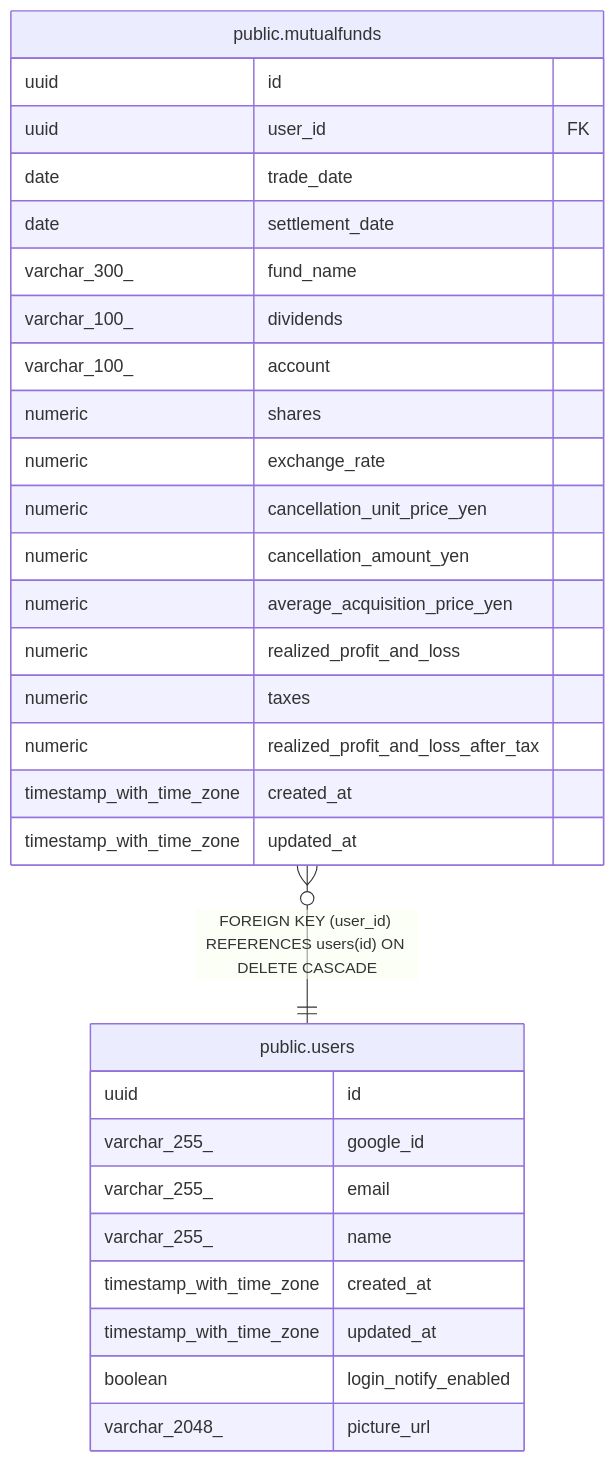
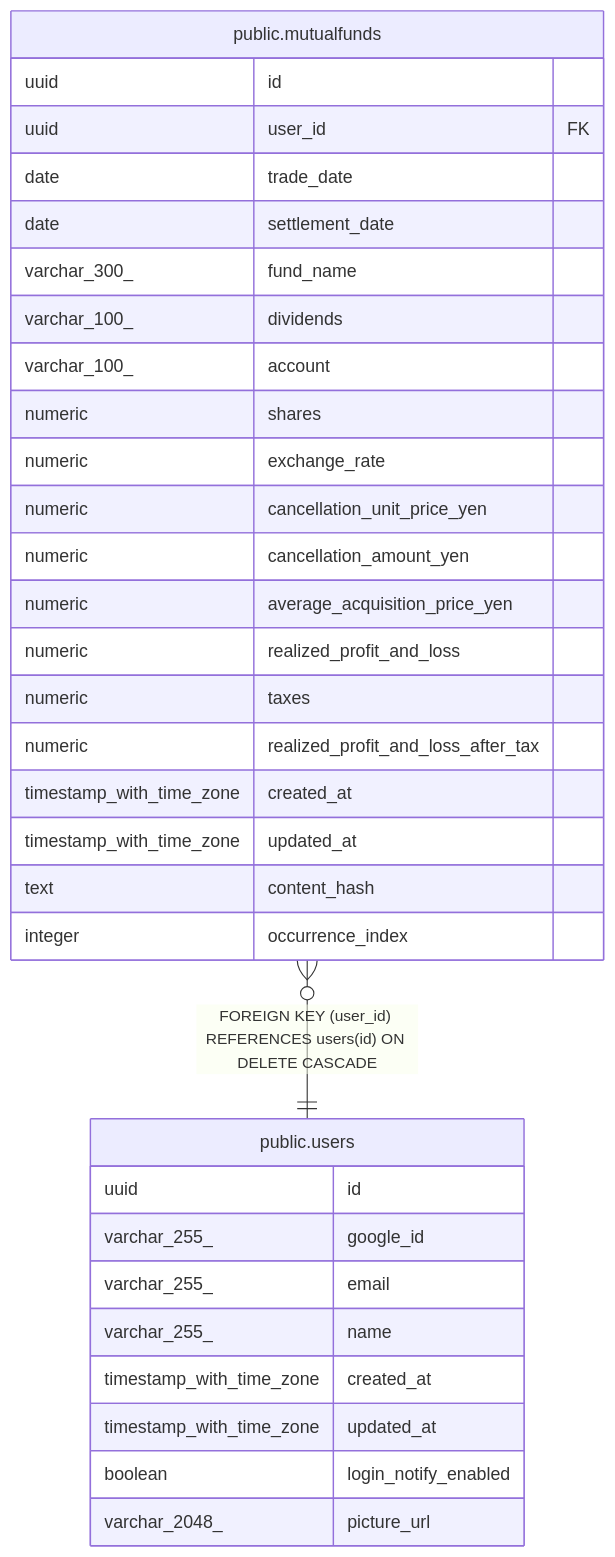
The diagram in docs/db/public.mutualfunds.md (zaichu/shoken-webapp), drawn with Mermaid before and after one commit. The commit also changed other lines of this file and 26 other files, not shown here.

````diff
--- a/docs/db/public.mutualfunds.md
+++ b/docs/db/public.mutualfunds.md
@@ -50,35 +51,37 @@
 ```mermaid
 erDiagram
 
 "public.mutualfunds" }o--|| "public.users" : "FOREIGN KEY (user_id) REFERENCES users(id) ON DELETE CASCADE"
 
 "public.mutualfunds" {
   uuid id
   uuid user_id FK
   date trade_date
   date settlement_date
   varchar_300_ fund_name
   varchar_100_ dividends
   varchar_100_ account
   numeric shares
   numeric exchange_rate
   numeric cancellation_unit_price_yen
   numeric cancellation_amount_yen
   numeric average_acquisition_price_yen
   numeric realized_profit_and_loss
   numeric taxes
   numeric realized_profit_and_loss_after_tax
   timestamp_with_time_zone created_at
   timestamp_with_time_zone updated_at
+  text content_hash
+  integer occurrence_index
 }
 "public.users" {
   uuid id
   varchar_255_ google_id
   varchar_255_ email
   varchar_255_ name
   timestamp_with_time_zone created_at
   timestamp_with_time_zone updated_at
   boolean login_notify_enabled
   varchar_2048_ picture_url
 }
 ```
````
